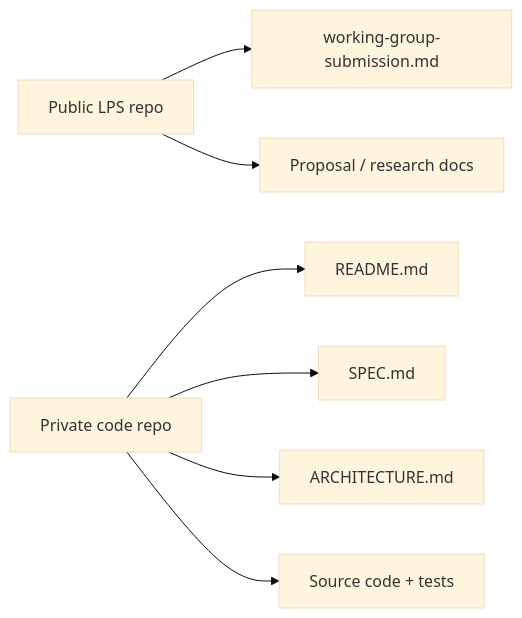
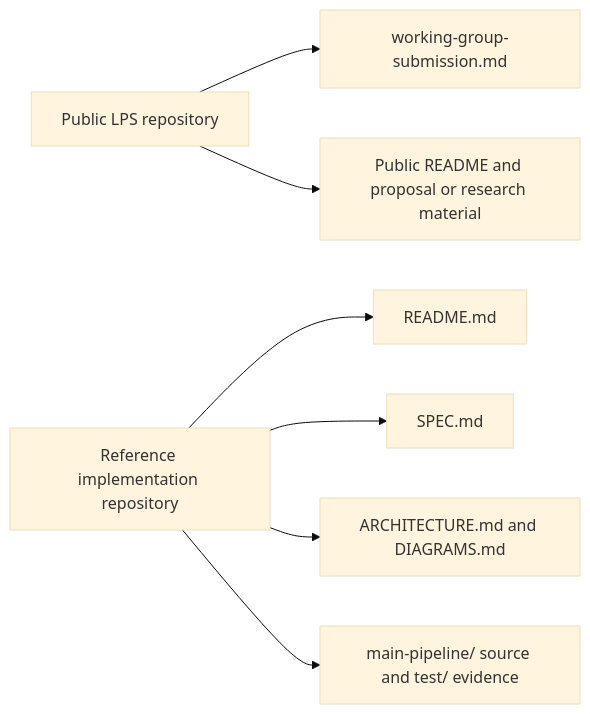
Before and after one commit to systemacticco-rgb/lps-reference-implementation: the eighth of 8 diagrams in DIAGRAMS.md, drawn with Mermaid (base theme). The commit also changed other lines of this file and 7 other files, not shown here.

First line of the commit message:
docs: align audited pipeline and Proposal 007 ADR records

````diff
--- a/DIAGRAMS.md
+++ b/DIAGRAMS.md
@@ -135,10 +199,10 @@
 ```mermaid
 flowchart LR
-    A[Public LPS repo] --> B[working-group-submission.md]
-    A --> C[Proposal / research docs]
+    A["Public LPS repository"] --> B["working-group-submission.md"]
+    A --> C["Public README and proposal or research material"]
 
-    D[Private code repo] --> E[README.md]
-    D --> F[SPEC.md]
-    D --> G[ARCHITECTURE.md]
-    D --> H[Source code + tests]
+    D["Reference implementation repository"] --> E["README.md"]
+    D --> F["SPEC.md"]
+    D --> G["ARCHITECTURE.md and DIAGRAMS.md"]
+    D --> H["main-pipeline/ source and test/ evidence"]
 ```
````
